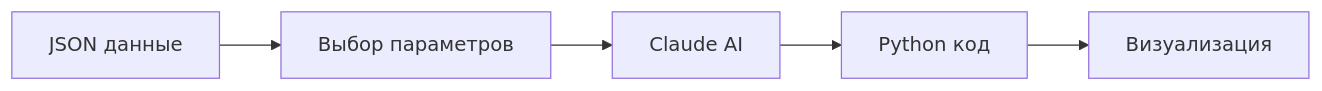
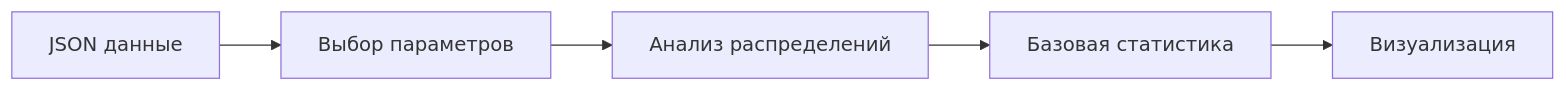
Before and after one commit to dzhechko/avito-parser: the second of 2 diagrams in README.md, drawn with Mermaid. The commit also changed other lines of this file and 8 other files, not shown here.

````diff
--- a/README.md
+++ b/README.md
@@ -29,7 +43,7 @@
 ```mermaid
 graph LR
     A[JSON данные] --> B[Выбор параметров]
-    B --> C[Claude AI]
-    C --> D[Python код]
+    B --> C[Анализ распределений]
+    C --> D[Базовая статистика]
     D --> E[Визуализация]
 ```
````
